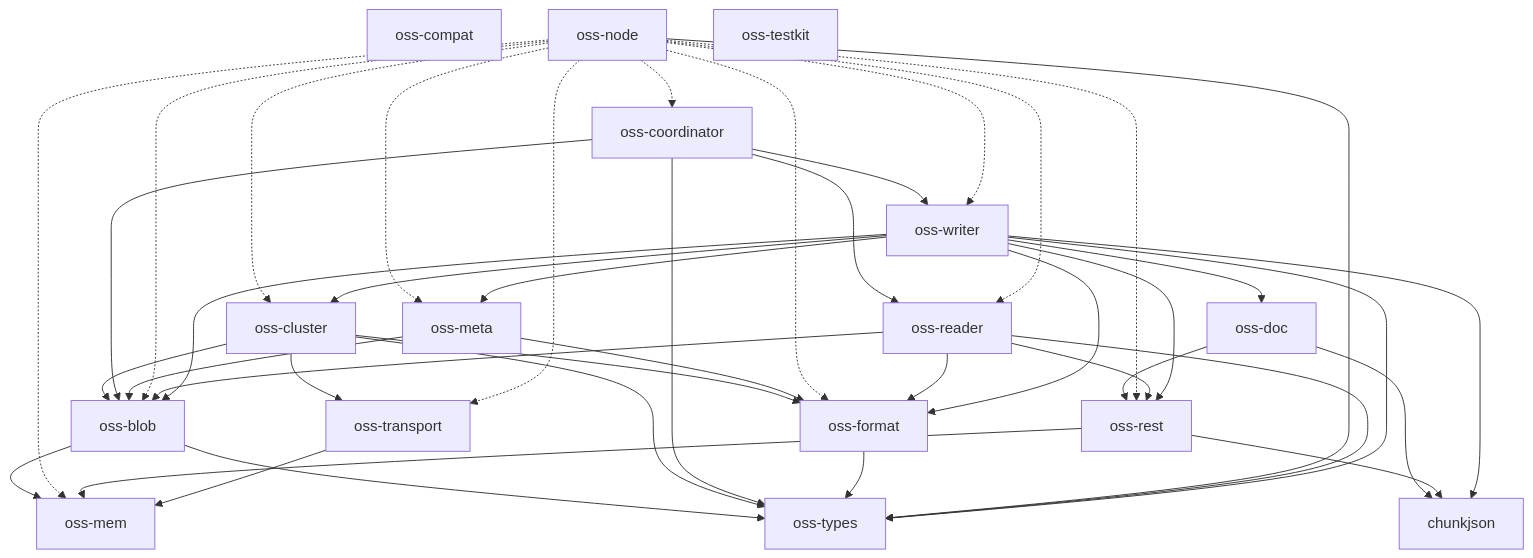
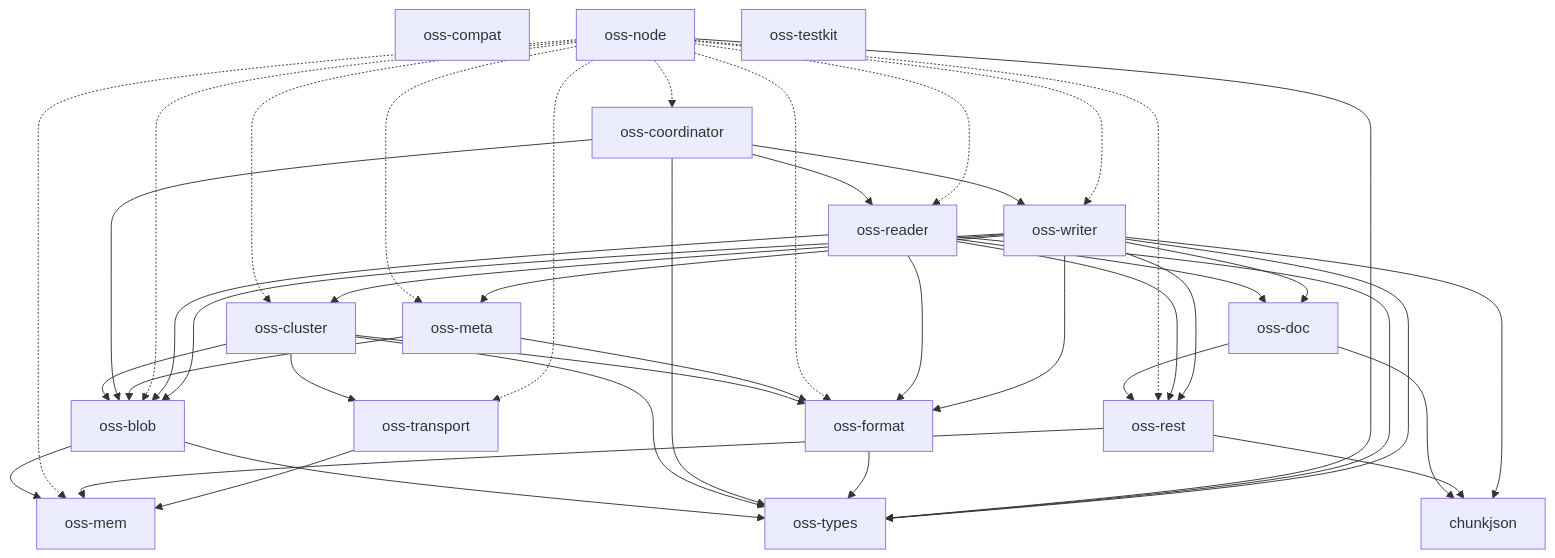
Before and after one commit to huyz0/opensearch-serverless: the diagram in docs/architecture.md, drawn with Mermaid. The commit also changed 9 other files, not shown here.

````diff
--- a/docs/architecture.md
+++ b/docs/architecture.md
@@ -10,49 +10,50 @@
 ```mermaid
 graph TD
     chunkjson
     oss-blob --> oss-mem
     oss-blob --> oss-types
     oss-cluster --> oss-blob
     oss-cluster --> oss-format
     oss-cluster --> oss-transport
     oss-cluster --> oss-types
     oss-compat
     oss-coordinator --> oss-blob
     oss-coordinator --> oss-reader
     oss-coordinator --> oss-types
     oss-coordinator --> oss-writer
     oss-doc --> chunkjson
     oss-doc --> oss-rest
     oss-format --> oss-types
     oss-mem
     oss-meta --> oss-blob
     oss-meta --> oss-format
     oss-node -.-> oss-blob
     oss-node -.-> oss-cluster
     oss-node -.-> oss-coordinator
     oss-node -.-> oss-format
     oss-node -.-> oss-mem
     oss-node -.-> oss-meta
     oss-node -.-> oss-reader
     oss-node -.-> oss-rest
     oss-node -.-> oss-transport
     oss-node --> oss-types
     oss-node -.-> oss-writer
     oss-reader --> oss-blob
+    oss-reader --> oss-doc
     oss-reader --> oss-format
     oss-reader --> oss-rest
     oss-reader --> oss-types
     oss-rest --> chunkjson
     oss-rest --> oss-mem
     oss-testkit
     oss-transport --> oss-mem
     oss-types
     oss-writer --> chunkjson
     oss-writer --> oss-blob
     oss-writer --> oss-cluster
     oss-writer --> oss-doc
     oss-writer --> oss-format
     oss-writer --> oss-meta
     oss-writer --> oss-rest
     oss-writer --> oss-types
 ```
````
